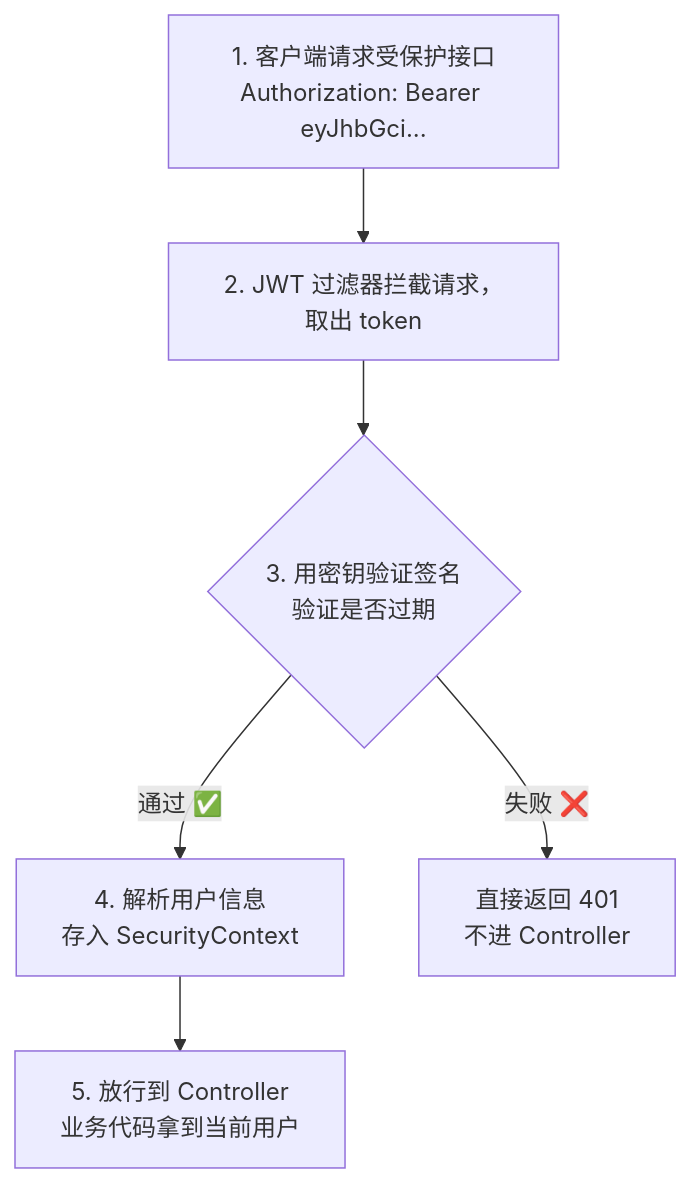
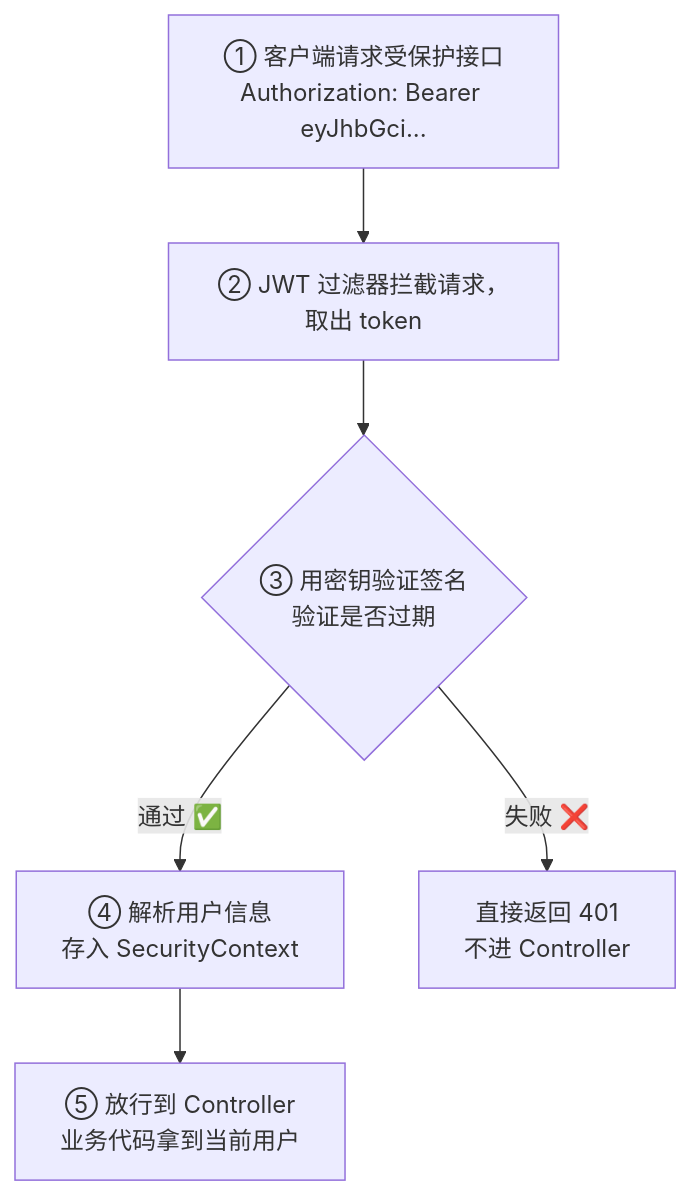
The sixth of 6 diagrams in source/_posts/Java-advanced/04-jwt.md (rebibabo/rebibabo.github.io), drawn with Mermaid before and after one commit. The commit also changed other lines of this file and 1 other file, not shown here.

Commit message:
vault backup: 2026-07-07 18:36:25

````diff
--- a/source/_posts/Java-advanced/04-jwt.md
+++ b/source/_posts/Java-advanced/04-jwt.md
@@ -186,8 +186,8 @@
 ```mermaid
 graph TB
-    S1["1. 客户端请求受保护接口<br/>Authorization: Bearer eyJhbGci..."] --> S2["2. JWT 过滤器拦截请求，取出 token"]
-    S2 --> S3{"3. 用密钥验证签名<br/>验证是否过期"}
-    S3 -->|通过 ✅| S4["4. 解析用户信息<br/>存入 SecurityContext"]
-    S4 --> S5["5. 放行到 Controller<br/>业务代码拿到当前用户"]
+    S1["① 客户端请求受保护接口<br/>Authorization: Bearer eyJhbGci..."] --> S2["② JWT 过滤器拦截请求，取出 token"]
+    S2 --> S3{"③ 用密钥验证签名<br/>验证是否过期"}
+    S3 -->|通过 ✅| S4["④ 解析用户信息<br/>存入 SecurityContext"]
+    S4 --> S5["⑤ 放行到 Controller<br/>业务代码拿到当前用户"]
     S3 -->|失败 ❌| Fail["直接返回 401<br/>不进 Controller"]
 ```
````
